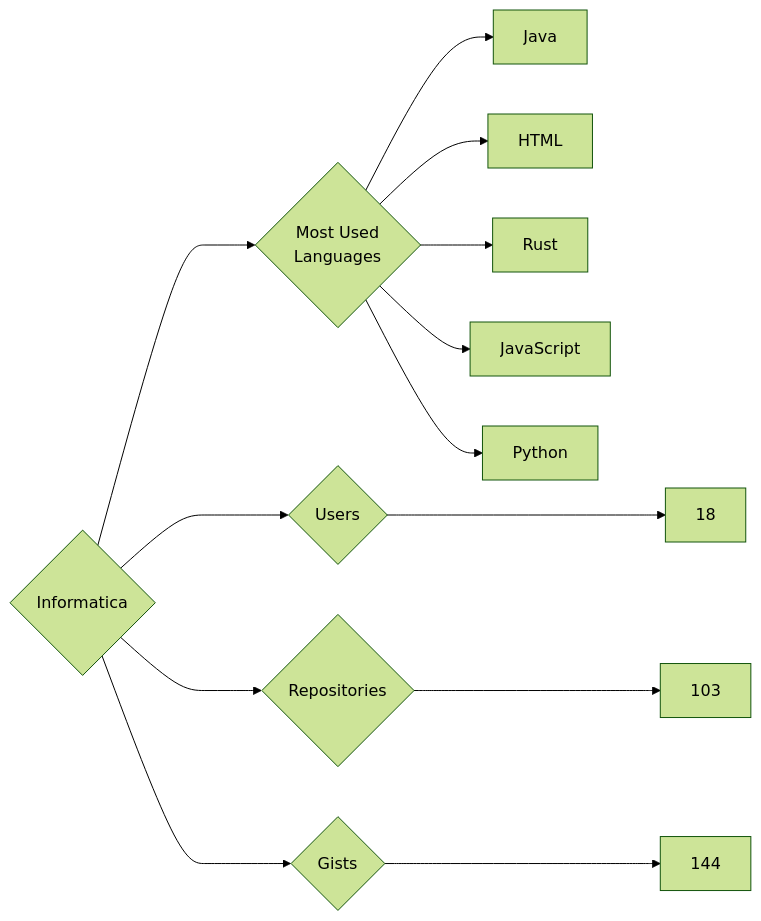
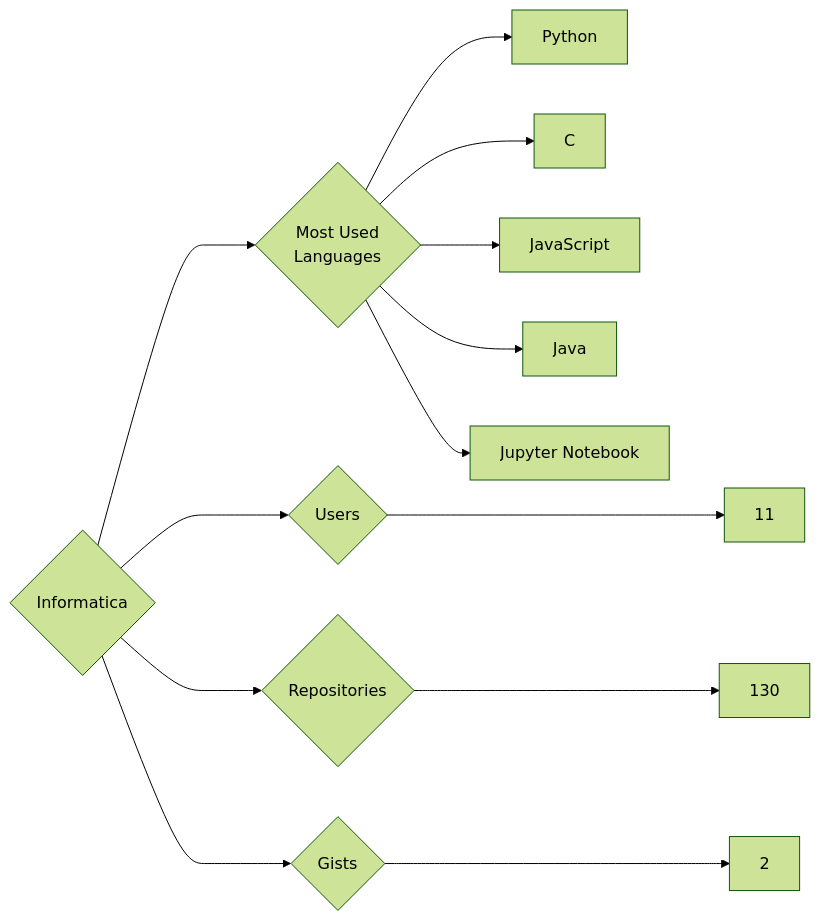
One commit to trickest/insiders changed the diagram in targets/Informatica/README.md. Above: the diagram before and after it, drawn with Mermaid (forest theme). The commit also changed 1166 other files, not shown here.

````diff
--- a/targets/Informatica/README.md
+++ b/targets/Informatica/README.md
@@ -3,13 +3,13 @@
 ```mermaid
 graph LR
 COMPANY_NAME{Informatica}
-COMPANY_NAME ---> U{Users} ---> UN[18]
-COMPANY_NAME ---> R{Repositories} ---> RN[103]
-COMPANY_NAME ---> G{Gists} ---> GN[144]
+COMPANY_NAME ---> U{Users} ---> UN[11]
+COMPANY_NAME ---> R{Repositories} ---> RN[130]
+COMPANY_NAME ---> G{Gists} ---> GN[2]
 COMPANY_NAME ---> ML{Most Used<br>Languages}
+ML --> Python[Python]
+ML --> C[C]
+ML --> JavaScript[JavaScript]
 ML --> Java[Java]
-ML --> HTML[HTML]
-ML --> Rust[Rust]
-ML --> JavaScript[JavaScript]
-ML --> Python[Python]
+ML --> Jupyter_Notebook[Jupyter Notebook]
 ```
````
